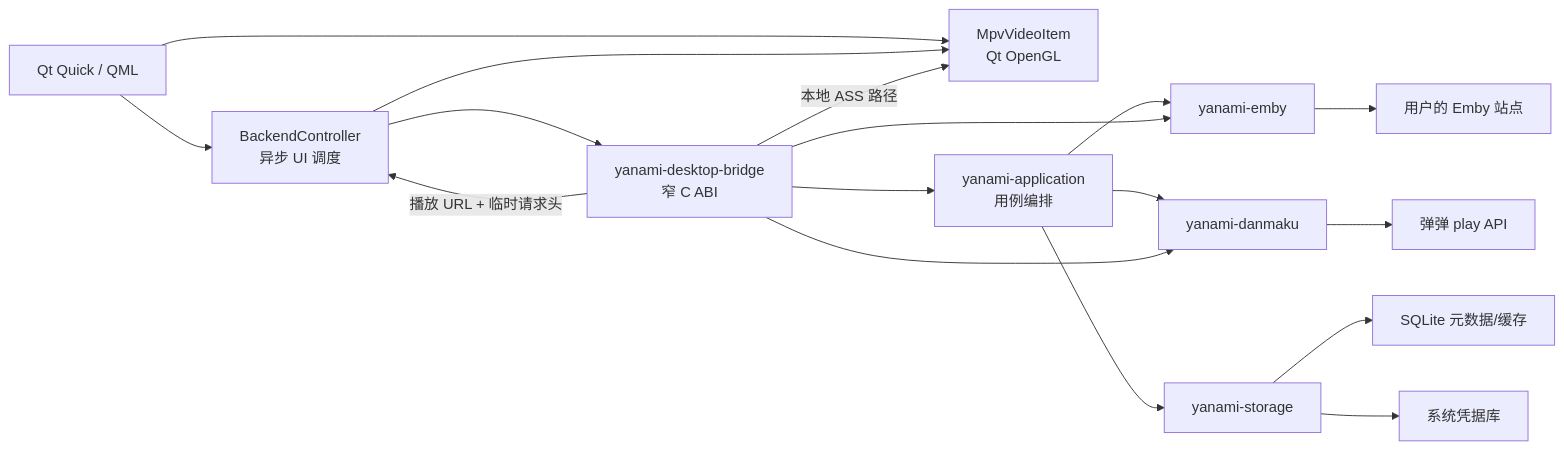
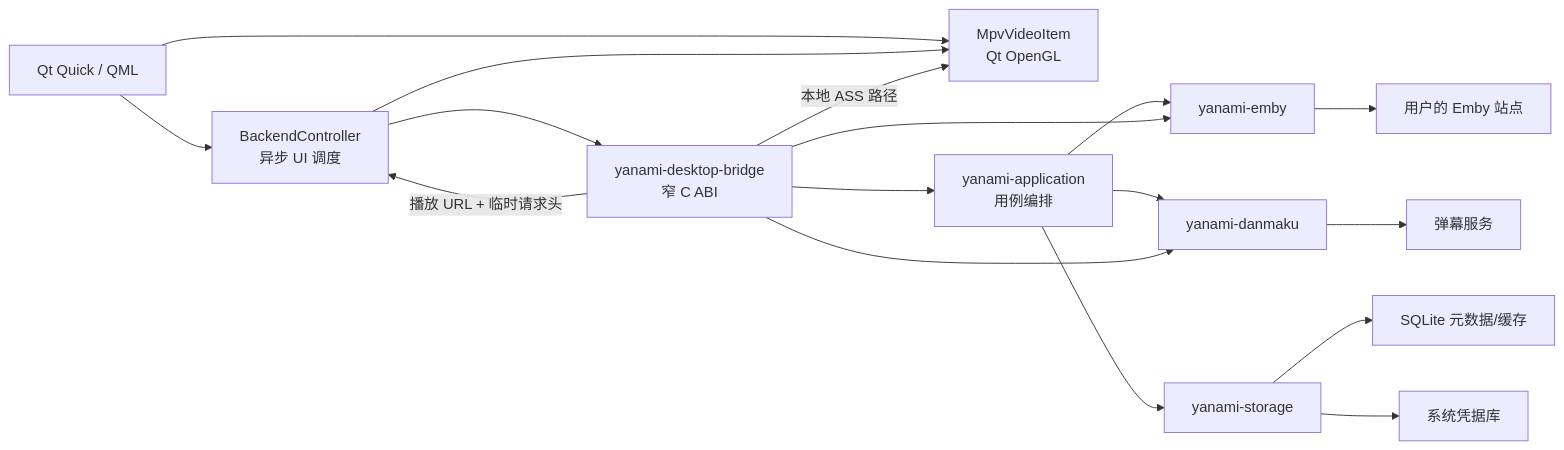
The first of 2 diagrams in docs/ARCHITECTURE.md (TwooSix/Yanami), drawn with Mermaid before and after one commit. The commit also changed other lines of this file and 3 other files, not shown here.

````diff
--- a/docs/ARCHITECTURE.md
+++ b/docs/ARCHITECTURE.md
@@ -13,19 +13,19 @@
 ```mermaid
 flowchart LR
     QML["Qt Quick / QML"] --> Controller["BackendController\n异步 UI 调度"]
     QML --> MpvItem["MpvVideoItem\nQt OpenGL"]
     Controller --> ABI["yanami-desktop-bridge\n窄 C ABI"]
     ABI --> App["yanami-application\n用例编排"]
     App --> Emby["yanami-emby"]
     App --> Danmaku["yanami-danmaku"]
     App --> Storage["yanami-storage"]
     ABI --> Emby
     ABI --> Danmaku
     Emby --> EmbyServer["用户的 Emby 站点"]
-    Danmaku --> Dandan["弹弹 play API"]
+    Danmaku --> DanmakuService["弹幕服务"]
     Storage --> SQLite["SQLite 元数据/缓存"]
     Storage --> Vault["系统凭据库"]
     ABI -->|"播放 URL + 临时请求头"| Controller
     Controller --> MpvItem
     ABI -->|"本地 ASS 路径"| MpvItem
 ```
````
